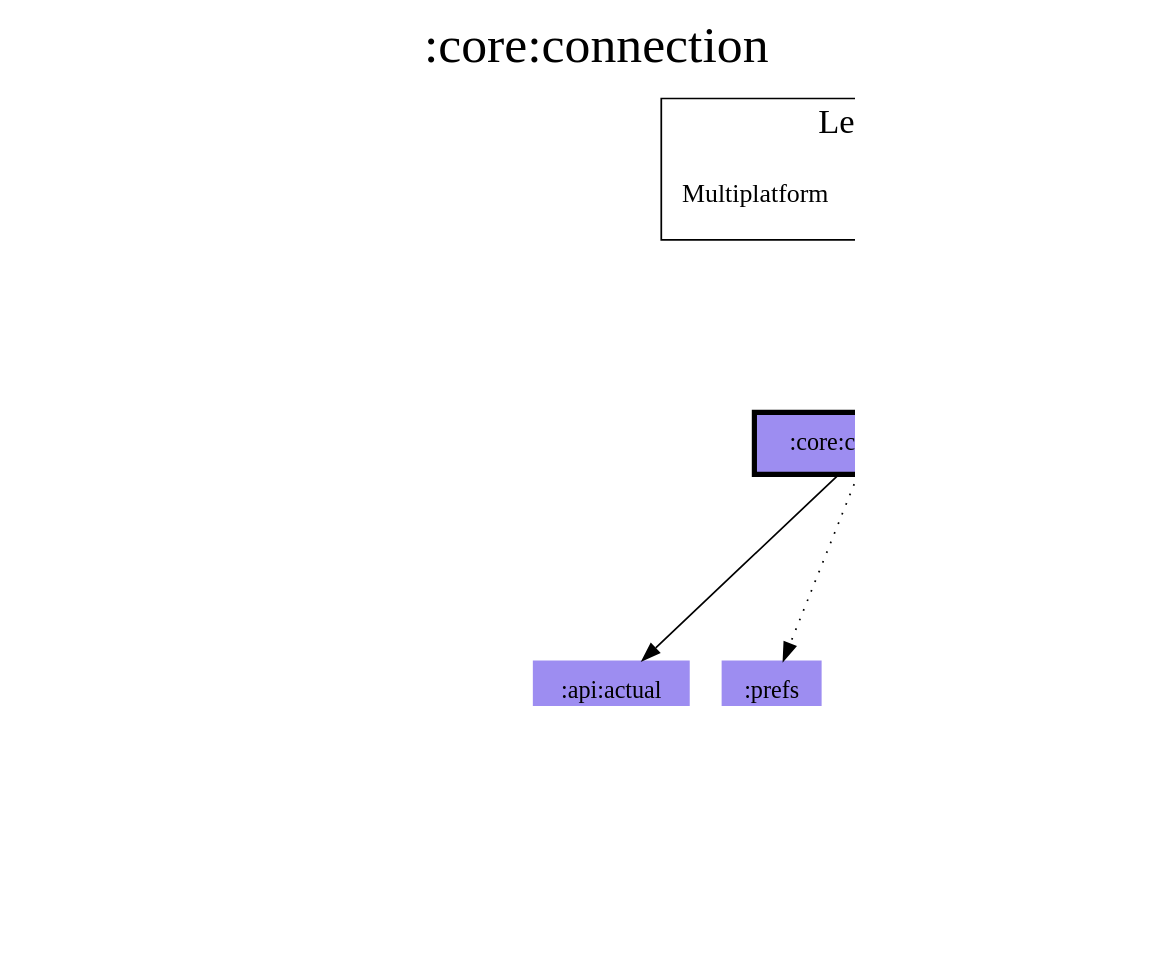
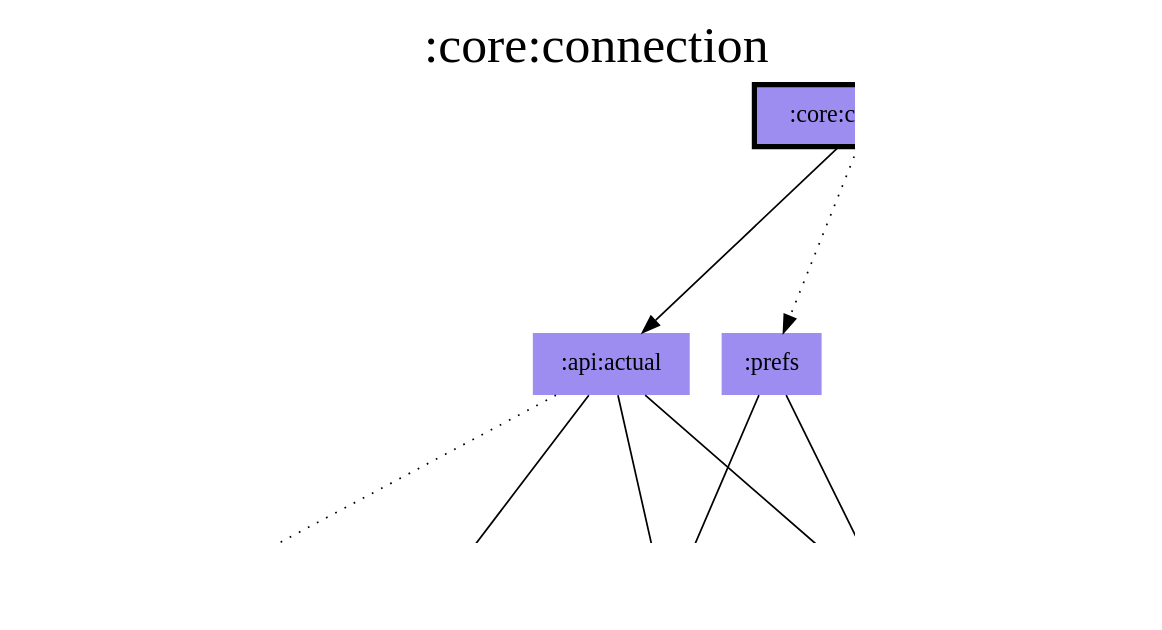
The diagram in modules/core/connection/modules.dot (jonapoul/aktual), drawn with Graphviz before and after one commit. The commit also changed 128 other files, not shown here.

```diff
--- a/modules/core/connection/modules.dot
+++ b/modules/core/connection/modules.dot
@@ -1,41 +1,32 @@
 digraph {
 edge ["dir"="forward"]
 graph ["dpi"="100","label"=":core:connection","labelloc"="t","fontsize"="30","ranksep"="1.5","rankdir"="TB"]
 node ["style"="filled"]
 ":account:model" ["fillcolor"="#9D8DF1","shape"="none"]
 ":api:actual" ["fillcolor"="#9D8DF1","shape"="none"]
 ":api:builder" ["fillcolor"="#9D8DF1","shape"="none"]
 ":budget:model" ["fillcolor"="#9D8DF1","shape"="none"]
 ":codegen:annotation" ["fillcolor"="#9D8DF1","shape"="none"]
 ":core:connection" ["fillcolor"="#9D8DF1","color"="black","penwidth"="3","shape"="box"]
 ":core:model" ["fillcolor"="#9D8DF1","shape"="none"]
 ":logging" ["fillcolor"="#9D8DF1","shape"="none"]
 ":prefs" ["fillcolor"="#9D8DF1","shape"="none"]
 {
 edge ["dir"="none"]
 graph ["rank"="same"]
 ":core:connection"
 }
 ":api:actual" -> ":account:model"
 ":api:actual" -> ":budget:model"
 ":api:actual" -> ":codegen:annotation" ["style"="dotted"]
 ":api:actual" -> ":core:model"
 ":api:builder" -> ":core:model"
 ":api:builder" -> ":logging" ["style"="dotted"]
 ":core:connection" -> ":api:actual"
 ":core:connection" -> ":api:builder"
 ":core:connection" -> ":core:model" ["style"="dotted"]
 ":core:connection" -> ":logging" ["style"="dotted"]
 ":core:connection" -> ":prefs" ["style"="dotted"]
 ":prefs" -> ":account:model"
 ":prefs" -> ":core:model"
-subgraph "cluster_legend" {
-edge ["dir"="none"]
-graph ["label"="Legend","fontsize"="20"]
-"Legend" ["style"="filled","fillcolor"="#FFFFFF","shape"="none","margin"="0","fontsize"="15","label"=<
-<TABLE BORDER="0" CELLBORDER="0" CELLSPACING="0" CELLPADDING="4">
-<TR><TD>Multiplatform</TD><TD BGCOLOR="#9D8DF1">module-name</TD></TR>
-</TABLE>
->]
-} -> ":core:connection" ["style"="invis"]
 }
```
